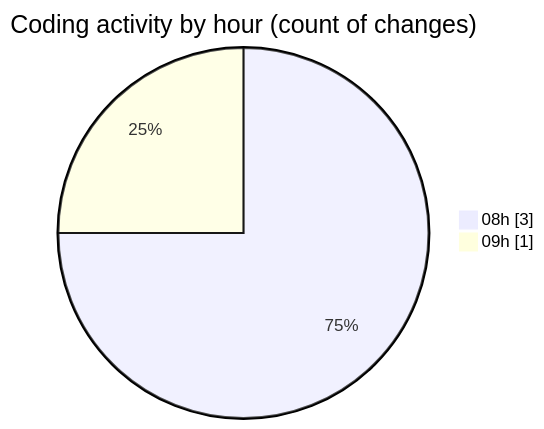
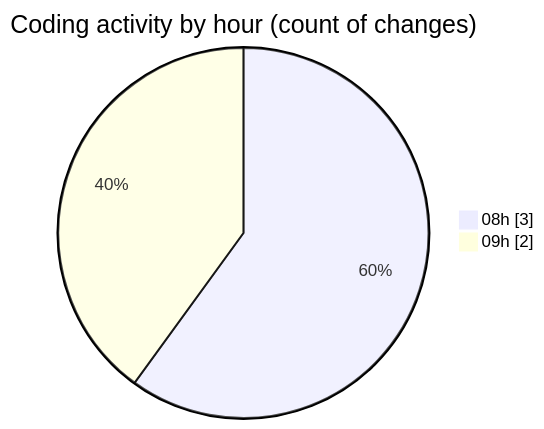
Before and after one commit to ricardozamudiocil/code-tracking: the second of 2 diagrams in 2026-06-04/cilapp/README.md, drawn with Mermaid. The commit also changed other lines of this file and 1 other file, not shown here.

````diff
--- a/2026-06-04/cilapp/README.md
+++ b/2026-06-04/cilapp/README.md
@@ -30,6 +31,6 @@
 ```mermaid
 pie showData
 title Coding activity by hour (count of changes)
 "08h" : 3
-"09h" : 1
+"09h" : 2
 ```
````
